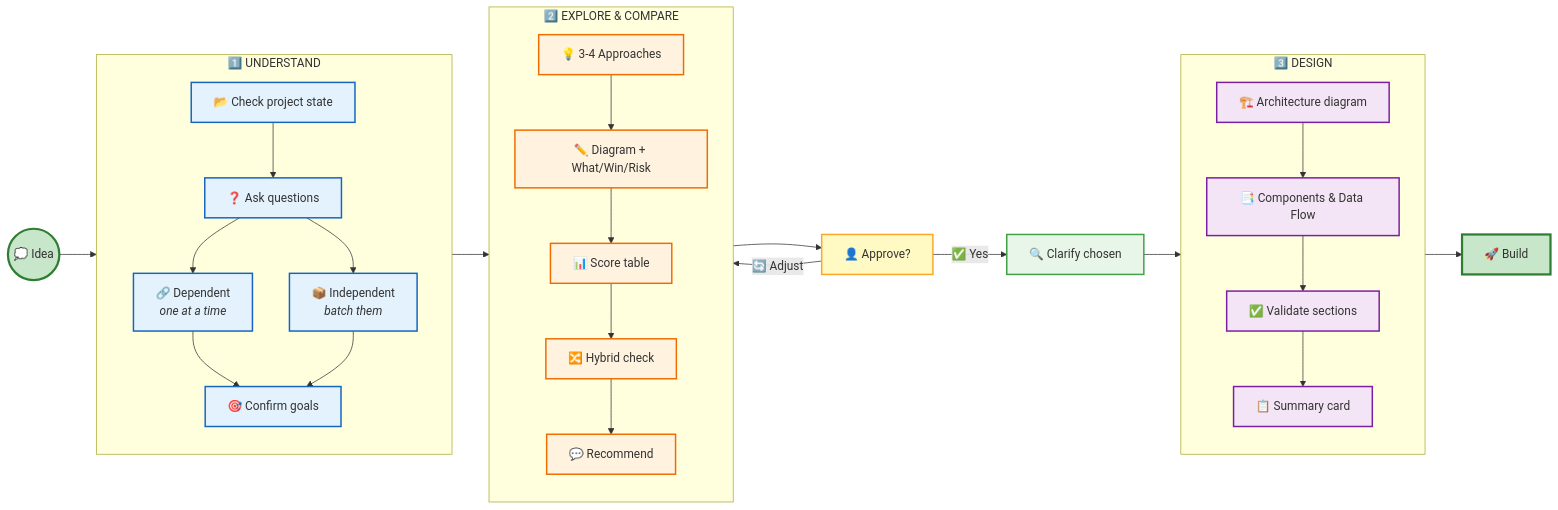
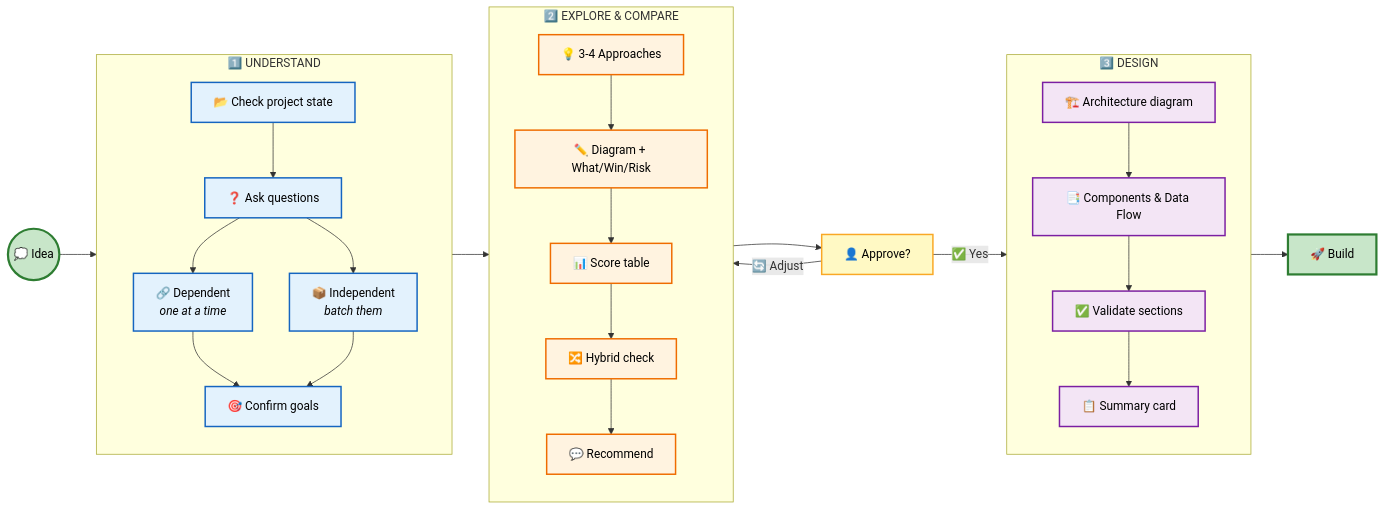
Before and after one commit to bytemines/sherpai: the diagram in README.md, drawn with Mermaid.

Commit message:
Simplify diagram and improve text contrast
- Remove clarify step, connect approval directly to design
- Add explicit black text color for dark mode contrast

````diff
--- a/README.md
+++ b/README.md
@@ -9,57 +9,53 @@
 ```mermaid
 flowchart LR
     A((💭 Idea)) --> P1
 
     subgraph P1["1️⃣ UNDERSTAND"]
         direction TB
         B["📂 Check project state"]
         B --> C["❓ Ask questions"]
         C --> D["🔗 Dependent<br/><i>one at a time</i>"]
         C --> E["📦 Independent<br/><i>batch them</i>"]
         D --> F["🎯 Confirm goals"]
         E --> F
     end
 
     P1 --> P2
 
     subgraph P2["2️⃣ EXPLORE & COMPARE"]
         direction TB
         G["💡 3-4 Approaches"]
         H["✏️ Diagram + What/Win/Risk"]
         I["📊 Score table"]
         J["🔀 Hybrid check"]
         K["💬 Recommend"]
         G --> H --> I --> J --> K
     end
 
     P2 --> V1["👤 Approve?"]
     V1 -->|"🔄 Adjust"| P2
-    V1 -->|"✅ Yes"| CL["🔍 Clarify chosen"]
-
-    CL --> P3
+    V1 -->|"✅ Yes"| P3
 
     subgraph P3["3️⃣ DESIGN"]
         direction TB
         L["🏗️ Architecture diagram"]
         M["📑 Components & Data Flow"]
         N["✅ Validate sections"]
         O["📋 Summary card"]
         L --> M --> N --> O
     end
 
     P3 --> P["🚀 Build"]
 
-    classDef phase1 fill:#e3f2fd,stroke:#1565c0,stroke-width:2px
-    classDef phase2 fill:#fff3e0,stroke:#ef6c00,stroke-width:2px
-    classDef phase3 fill:#f3e5f5,stroke:#7b1fa2,stroke-width:2px
-    classDef userCheck fill:#fff9c4,stroke:#f9a825,stroke-width:2px
-    classDef endpoint fill:#c8e6c9,stroke:#2e7d32,stroke-width:3px
-    classDef clarify fill:#e8f5e9,stroke:#43a047,stroke-width:2px
+    classDef phase1 fill:#e3f2fd,stroke:#1565c0,stroke-width:2px,color:#000
+    classDef phase2 fill:#fff3e0,stroke:#ef6c00,stroke-width:2px,color:#000
+    classDef phase3 fill:#f3e5f5,stroke:#7b1fa2,stroke-width:2px,color:#000
+    classDef userCheck fill:#fff9c4,stroke:#f9a825,stroke-width:2px,color:#000
+    classDef endpoint fill:#c8e6c9,stroke:#2e7d32,stroke-width:3px,color:#000
 
     class B,C,D,E,F phase1
     class G,H,I,J,K phase2
     class L,M,N,O phase3
     class V1 userCheck
     class A,P endpoint
-    class CL clarify
 ```
````
